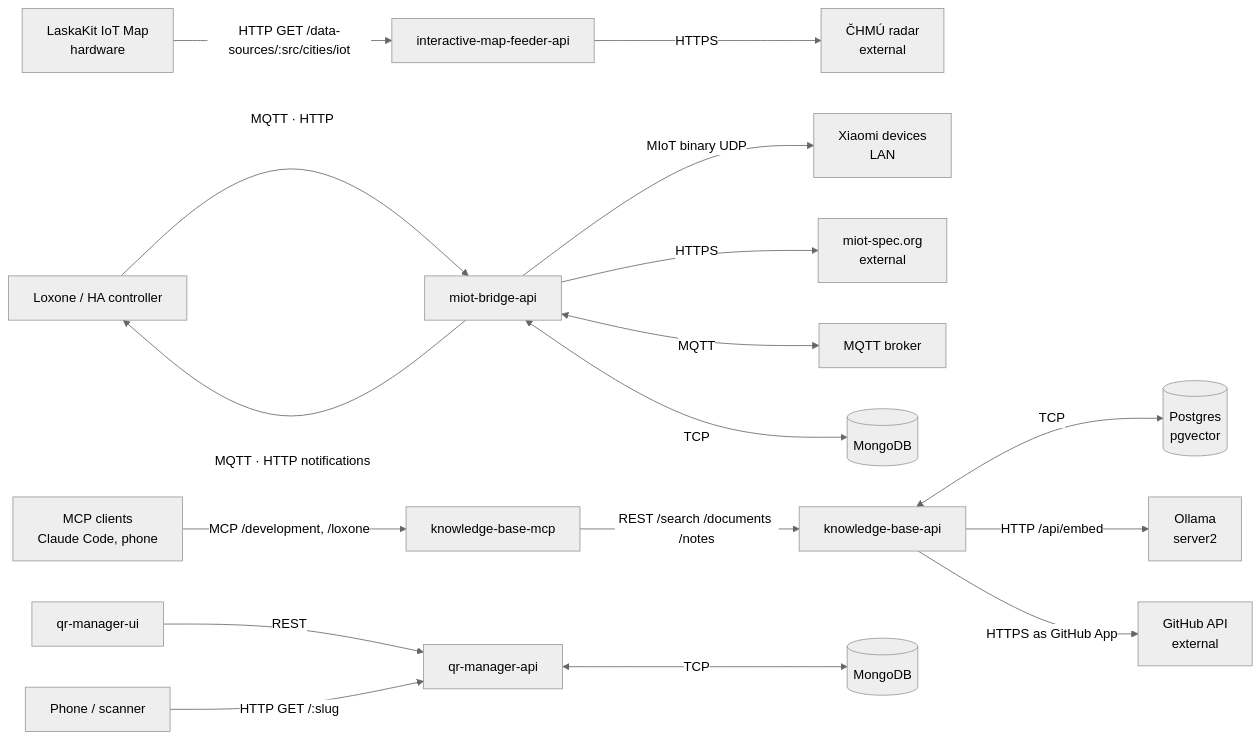
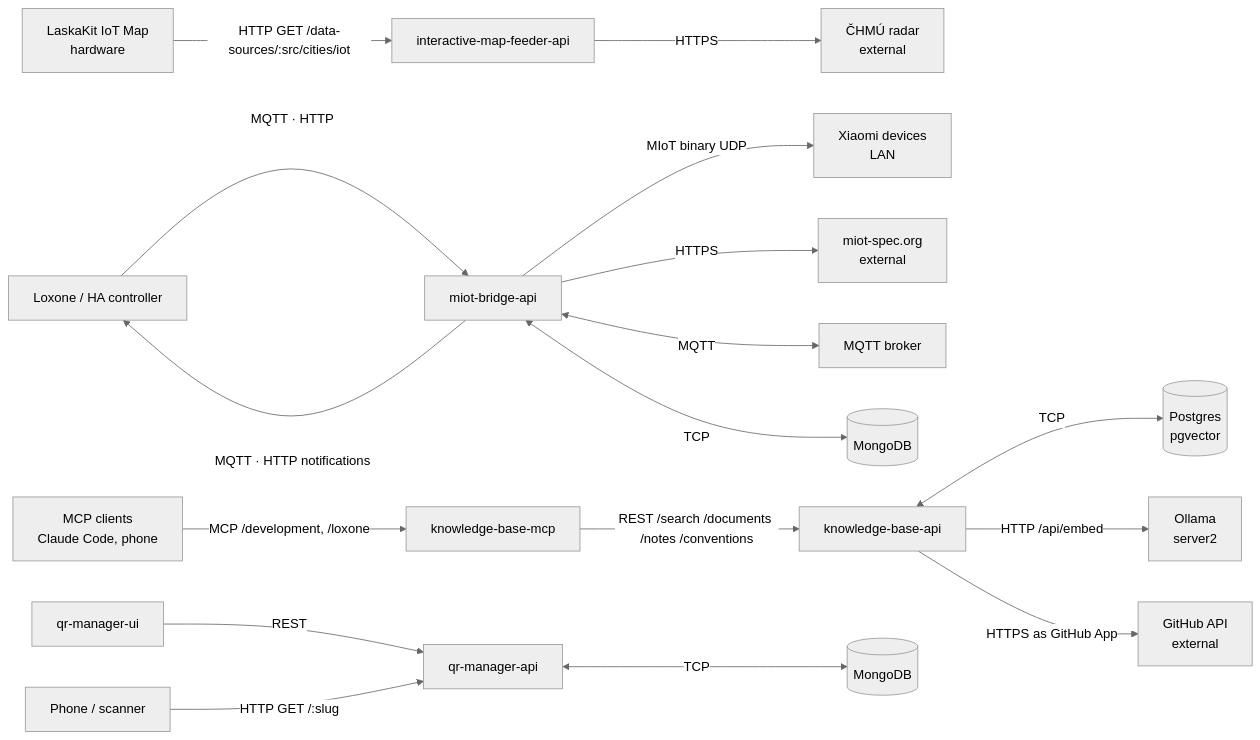
Before and after one commit to radoslavirha/homelab-apps: the diagram in docs/KNOWLEDGE.md, drawn with Mermaid (neutral theme). The commit also changed other lines of this file and 49 other files, not shown here.

First line of the commit message:
feat(knowledge-base): serve each knowledge base's conventions

````diff
--- a/docs/KNOWLEDGE.md
+++ b/docs/KNOWLEDGE.md
@@ -167,22 +167,22 @@
 ```mermaid
 graph LR
     LaskaKit["LaskaKit IoT Map\nhardware"] -->|HTTP GET /data-sources/:src/cities/iot| IMA["interactive-map-feeder-api"]
     IMA -->|HTTPS| CHMI["ČHMÚ radar\nexternal"]
 
     HA["Loxone / HA controller"] -->|MQTT · HTTP| MBA["miot-bridge-api"]
     MBA -->|MIoT binary UDP| Xiaomi["Xiaomi devices\nLAN"]
     MBA -->|HTTPS| MiotSpec["miot-spec.org\nexternal"]
     MBA <-->|MQTT| MQTTBroker["MQTT broker"]
     MBA <-->|TCP| MongoDB1[("MongoDB")]
     MBA -->|MQTT · HTTP notifications| HA
 
     Clients["MCP clients\nClaude Code, phone"] -->|MCP /development, /loxone| KBM["knowledge-base-mcp"]
-    KBM -->|REST /search /documents /notes| KBA["knowledge-base-api"]
+    KBM -->|REST /search /documents /notes /conventions| KBA["knowledge-base-api"]
     KBA <-->|TCP| Postgres[("Postgres\npgvector")]
     KBA -->|HTTP /api/embed| Ollama["Ollama\nserver2"]
     KBA -->|HTTPS as GitHub App| GitHub["GitHub API\nexternal"]
 
     QRU["qr-manager-ui"] -->|REST| QRA["qr-manager-api"]
     Phone["Phone / scanner"] -->|HTTP GET /:slug| QRA
     QRA <-->|TCP| MongoDB2[("MongoDB")]
 ```
````
